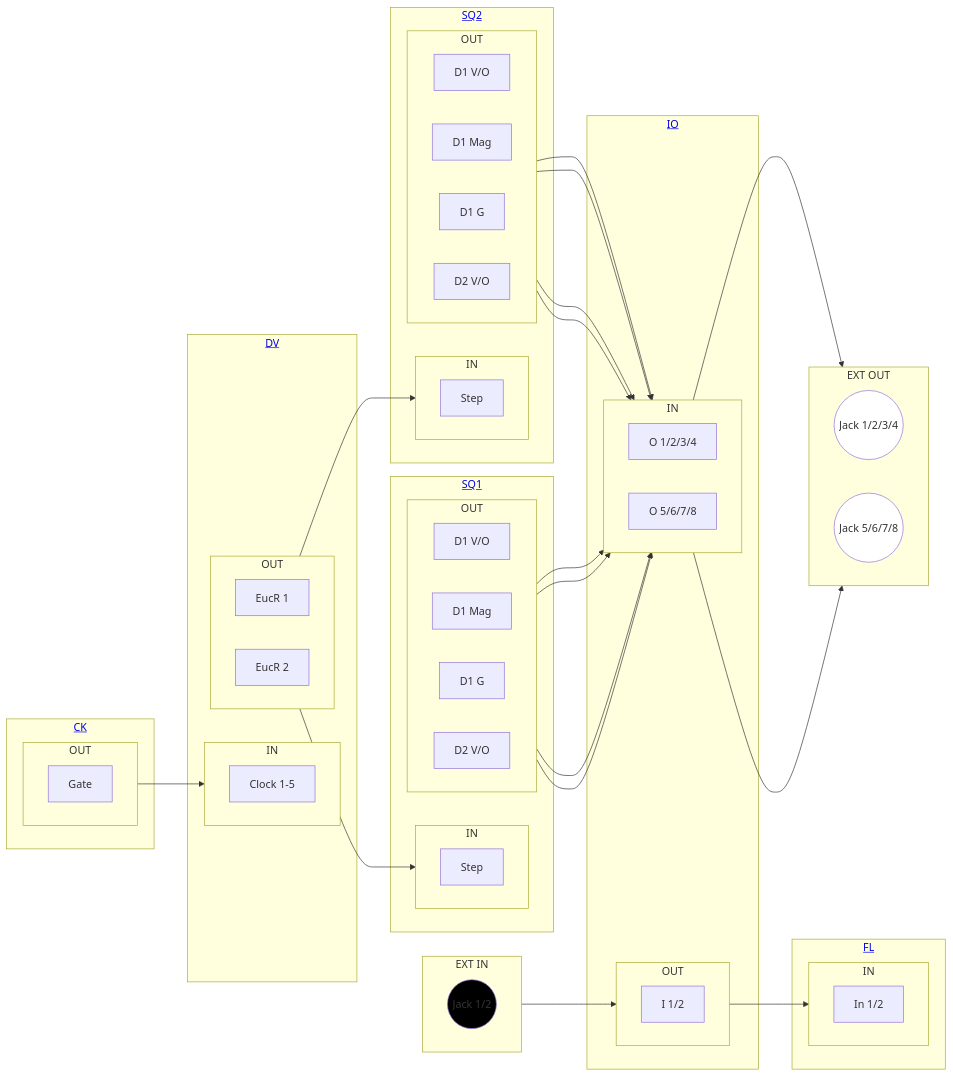
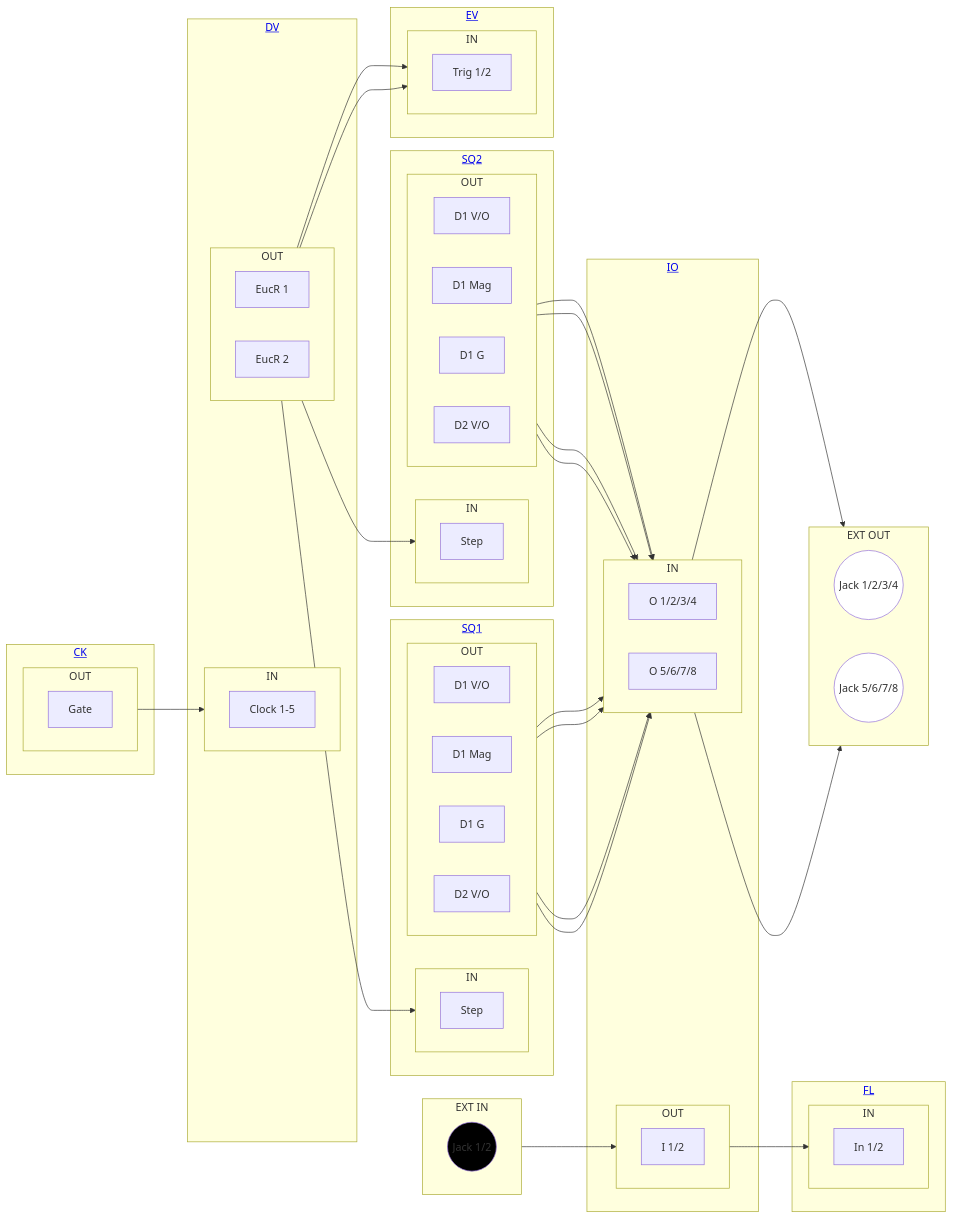
One commit to acumartini/dectet-public changed diagram 18 of 30 in README.md. Above: the diagram before and after it, drawn with Mermaid. The commit also changed other lines of this file, not shown here.

````diff
--- a/README.md
+++ b/README.md
@@ -1772,6 +1776,6 @@
 ```mermaid
 flowchart LR
-  subgraph IO[<a href='#io-inputoutput'>IO</a>]
+  subgraph IO[<a href='./USER_MANUAL.md#io-inputoutput'>IO</a>]
     subgraph IO_IN[IN]
       direction LR
         IO_IN_O1[O 1/2/3/4]
@@ -1782,19 +1786,19 @@
         IO_OUT_I[I 1/2]
     end
   end
-  subgraph FL[<a href='#fl-envelope-follower'>FL</a>]
+  subgraph FL[<a href='./USER_MANUAL.md#fl-envelope-follower'>FL</a>]
     subgraph FL_IN[IN]
       direction LR
         FL_IN_In[In 1/2]
     end
   end
-  subgraph CK[<a href='#ck-clock'>CK</a>]
+  subgraph CK[<a href='./USER_MANUAL.md#ck-clock'>CK</a>]
     subgraph CK_OUT[OUT]
       direction LR
         CK_OUT_Gate[Gate]
     end
   end
-  subgraph DV[<a href='#dv-euclidean-clock-divider'>DV</a>]
+  subgraph DV[<a href='./USER_MANUAL.md#dv-euclidean-clock-divider'>DV</a>]
     subgraph DV_IN[IN]
       direction LR
         DV_IN_Clock[Clock 1-5]
@@ -1805,7 +1809,7 @@
         DV_OUT_EucR2[EucR 2]
     end
   end
-  subgraph SQ1[<a href='#sq-binary-step-sequencer'>SQ1</a>]
+  subgraph SQ1[<a href='./USER_MANUAL.md#sq-binary-step-sequencer'>SQ1</a>]
     subgraph SQ1_IN[IN]
       direction LR
         SQ1_IN_Step[Step]
@@ -1818,7 +1822,7 @@
         SQ1_OUT_D2V0[D2 V/O]
     end
   end
-  subgraph SQ2[<a href='#sq-binary-step-sequencer'>SQ2</a>]
+  subgraph SQ2[<a href='./USER_MANUAL.md#sq-binary-step-sequencer'>SQ2</a>]
     subgraph SQ2_IN[IN]
       direction LR
         SQ2_IN_Step[Step]
@@ -1829,6 +1833,12 @@
         SQ2_OUT_D1Mag[D1 Mag]
         SQ2_OUT_D1G[D1 G]
         SQ2_OUT_D2V0[D2 V/O]
+    end
+  end
+  subgraph EV[<a href='./USER_MANUAL.md#ev-envelope-generator--vca'>EV</a>]
+    subgraph EV_IN[IN]
+      direction LR
+        EV_IN_Trig[Trig 1/2]
     end
   end
   subgraph EXT_IN[EXT IN]
@@ -1843,7 +1853,9 @@
 EXT_In_Jack-->IO_OUT_I-->FL_IN_In
 CK_OUT_Gate-->DV_IN_Clock
 DV_OUT_EucR1-->SQ1_IN_Step
+DV_OUT_EucR1-->EV_IN_Trig
 DV_OUT_EucR2-->SQ2_IN_Step
+DV_OUT_EucR2-->EV_IN_Trig
 SQ1_OUT_D1V0-->IO_IN_O1
 SQ1_OUT_D1Mag-->IO_IN_O1
 SQ1_OUT_D1G-->IO_IN_O1
````
